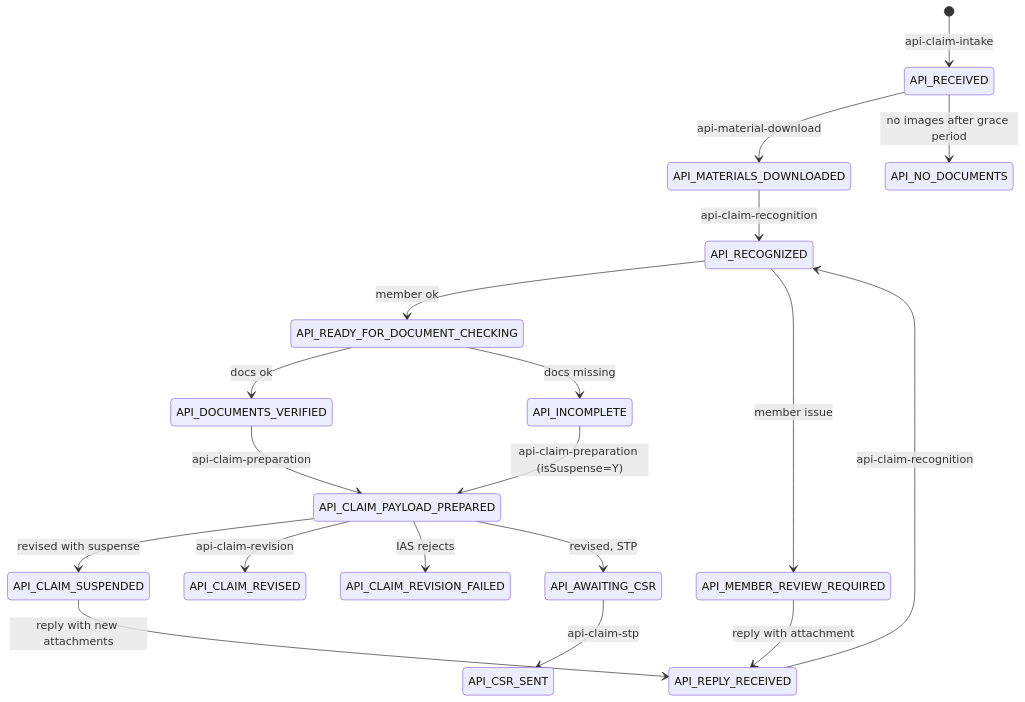
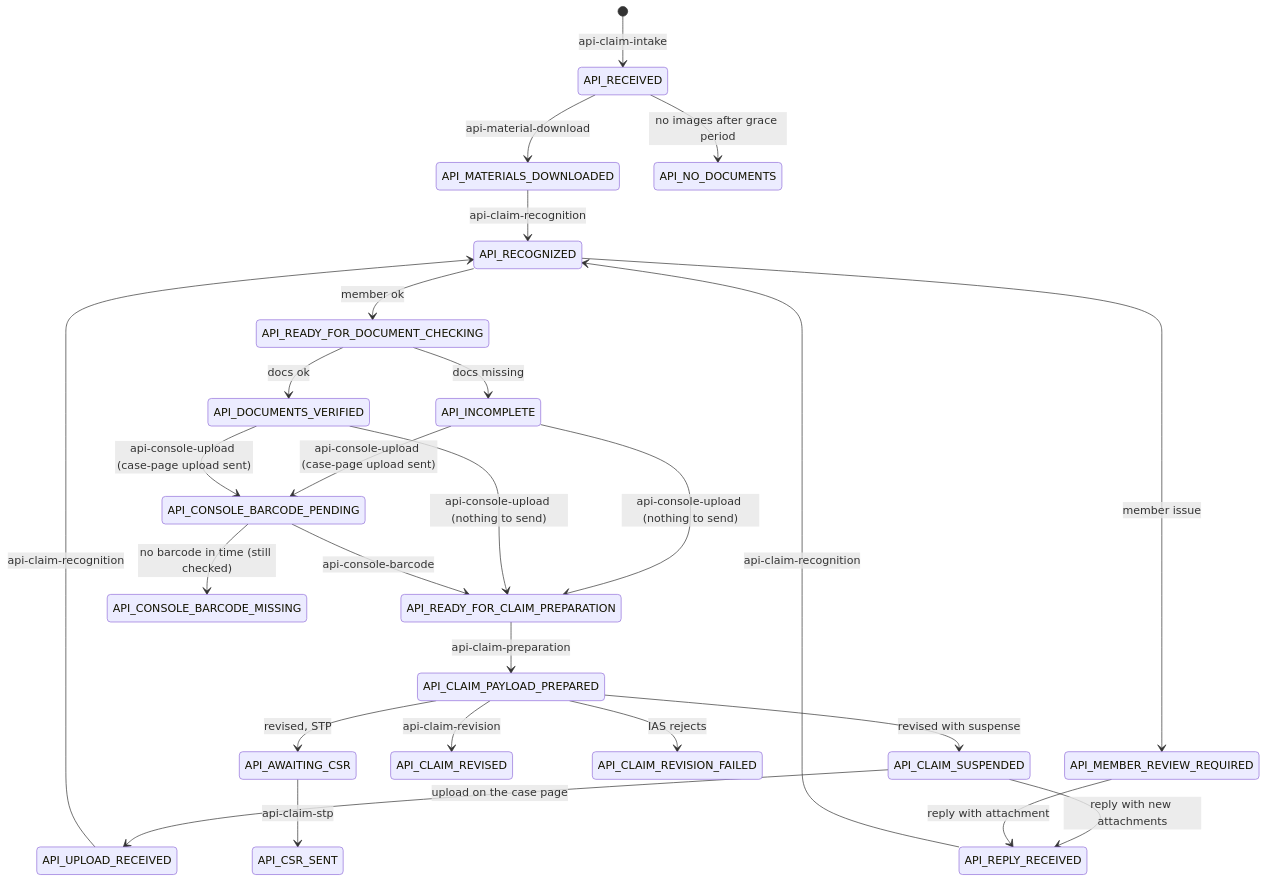
The second of 2 diagrams in docs/imp/day1/api-case-workflow.md (stevenyeo99/ulink-admin), drawn with Mermaid before and after one commit. The commit also changed other lines of this file and 33 other files, not shown here.

Commit message:
API cases: case-page uploads are read first, then sent to the IAS console (api-console-upload, api-console-barcode) before claim preparation

````diff
--- a/docs/imp/day1/api-case-workflow.md
+++ b/docs/imp/day1/api-case-workflow.md
@@ -103,21 +103,28 @@
 ```mermaid
 stateDiagram-v2
   [*] --> API_RECEIVED: api-claim-intake
   API_RECEIVED --> API_MATERIALS_DOWNLOADED: api-material-download
   API_RECEIVED --> API_NO_DOCUMENTS: no images after grace period
   API_MATERIALS_DOWNLOADED --> API_RECOGNIZED: api-claim-recognition
   API_REPLY_RECEIVED --> API_RECOGNIZED: api-claim-recognition
   API_RECOGNIZED --> API_READY_FOR_DOCUMENT_CHECKING: member ok
   API_RECOGNIZED --> API_MEMBER_REVIEW_REQUIRED: member issue
   API_READY_FOR_DOCUMENT_CHECKING --> API_DOCUMENTS_VERIFIED: docs ok
   API_READY_FOR_DOCUMENT_CHECKING --> API_INCOMPLETE: docs missing
-  API_INCOMPLETE --> API_CLAIM_PAYLOAD_PREPARED: api-claim-preparation (isSuspense=Y)
+  API_INCOMPLETE --> API_READY_FOR_CLAIM_PREPARATION: api-console-upload (nothing to send)
+  API_INCOMPLETE --> API_CONSOLE_BARCODE_PENDING: api-console-upload (case-page upload sent)
+  API_DOCUMENTS_VERIFIED --> API_READY_FOR_CLAIM_PREPARATION: api-console-upload (nothing to send)
+  API_DOCUMENTS_VERIFIED --> API_CONSOLE_BARCODE_PENDING: api-console-upload (case-page upload sent)
+  API_CONSOLE_BARCODE_PENDING --> API_READY_FOR_CLAIM_PREPARATION: api-console-barcode
+  API_CONSOLE_BARCODE_PENDING --> API_CONSOLE_BARCODE_MISSING: no barcode in time (still checked)
+  API_READY_FOR_CLAIM_PREPARATION --> API_CLAIM_PAYLOAD_PREPARED: api-claim-preparation
+  API_CLAIM_SUSPENDED --> API_UPLOAD_RECEIVED: upload on the case page
+  API_UPLOAD_RECEIVED --> API_RECOGNIZED: api-claim-recognition
   API_CLAIM_PAYLOAD_PREPARED --> API_CLAIM_SUSPENDED: revised with suspense
   API_CLAIM_SUSPENDED --> API_REPLY_RECEIVED: reply with new attachments
   API_MEMBER_REVIEW_REQUIRED --> API_REPLY_RECEIVED: reply with attachment
-  API_DOCUMENTS_VERIFIED --> API_CLAIM_PAYLOAD_PREPARED: api-claim-preparation
   API_CLAIM_PAYLOAD_PREPARED --> API_CLAIM_REVISED: api-claim-revision
   API_CLAIM_PAYLOAD_PREPARED --> API_CLAIM_REVISION_FAILED: IAS rejects
   API_CLAIM_PAYLOAD_PREPARED --> API_AWAITING_CSR: revised, STP
   API_AWAITING_CSR --> API_CSR_SENT: api-claim-stp
 ```
````
